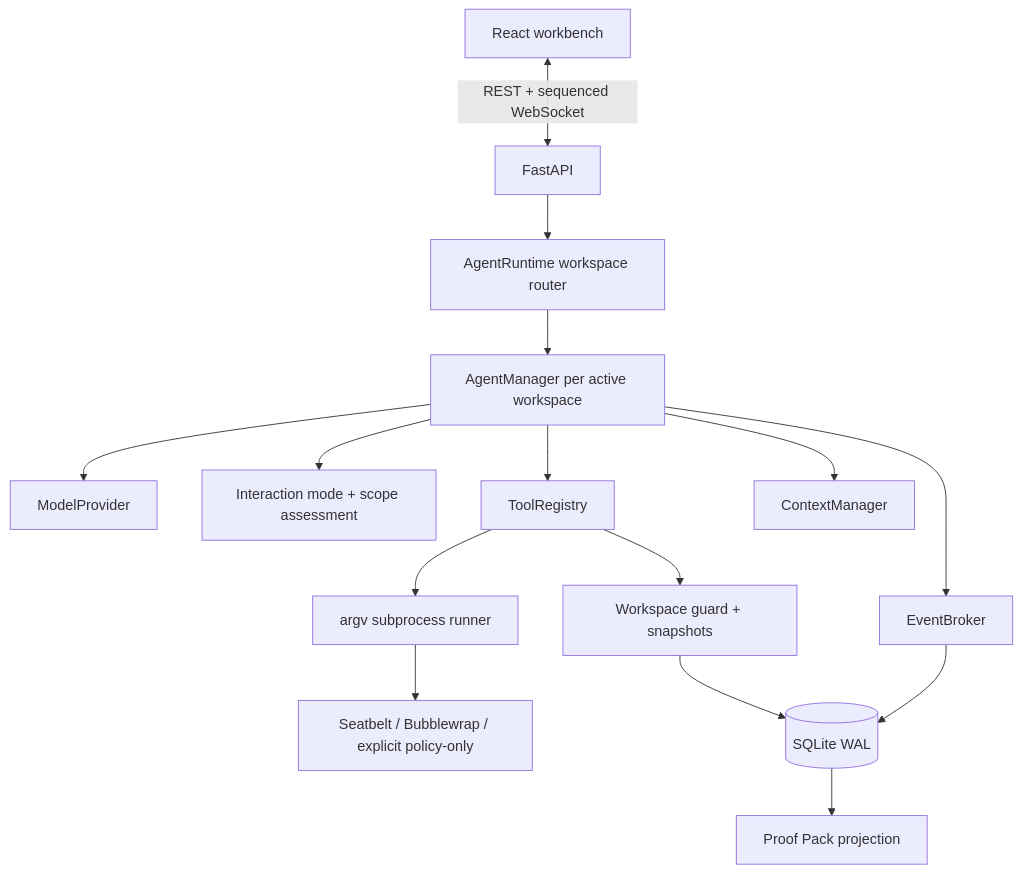
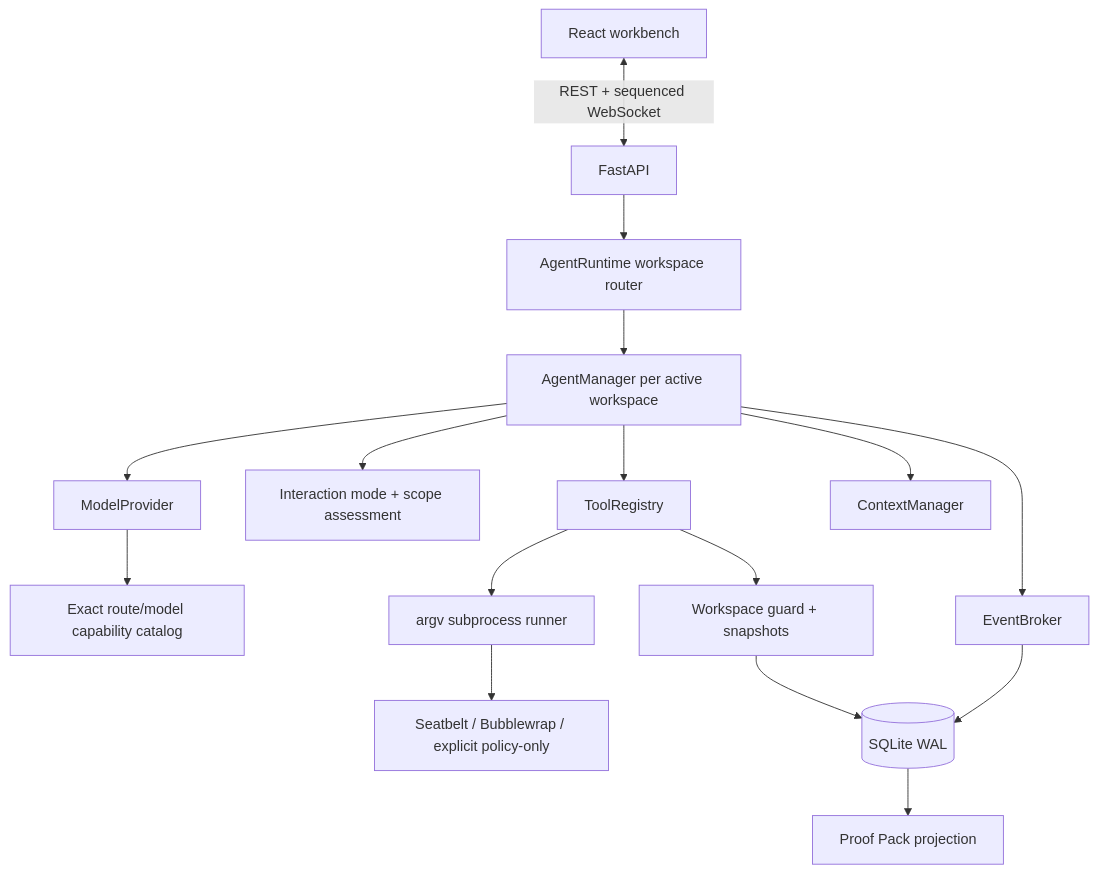
Before and after one commit to iamzwxyy/traceforge: the first of 2 diagrams in docs/architecture.md, drawn with Mermaid. The commit also changed other lines of this file and 40 other files, not shown here.

````diff
--- a/docs/architecture.md
+++ b/docs/architecture.md
@@ -12,17 +12,18 @@
 ```mermaid
 flowchart TB
     UI[React workbench] <-->|REST + sequenced WebSocket| API[FastAPI]
     API --> Runtime[AgentRuntime workspace router]
     Runtime --> Manager[AgentManager per active workspace]
     Manager --> Provider[ModelProvider]
+    Provider --> Capability[Exact route/model capability catalog]
     Manager --> Gate[Interaction mode + scope assessment]
     Manager --> Tools[ToolRegistry]
     Manager --> Context[ContextManager]
     Tools --> Guard[Workspace guard + snapshots]
     Tools --> Process[argv subprocess runner]
     Process --> Sandbox[Seatbelt / Bubblewrap / explicit policy-only]
     Manager --> Broker[EventBroker]
     Broker --> DB[(SQLite WAL)]
     Guard --> DB
     DB --> Proof[Proof Pack projection]
 ```
````
